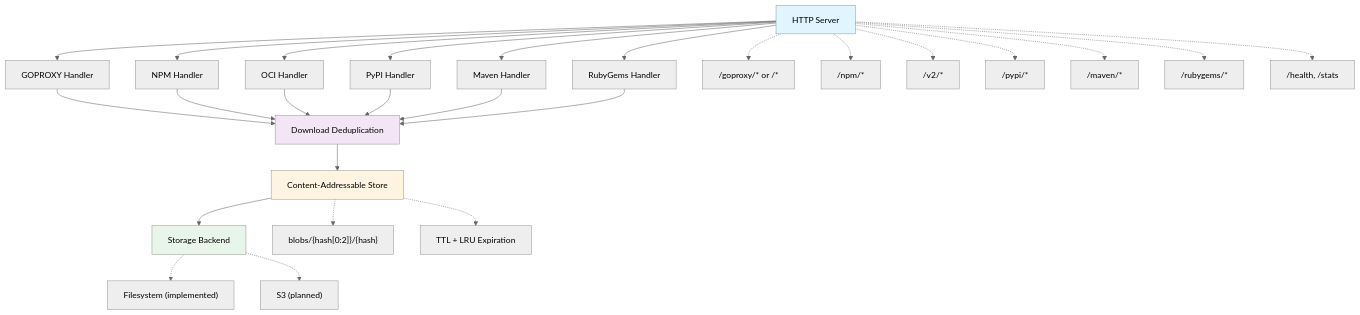
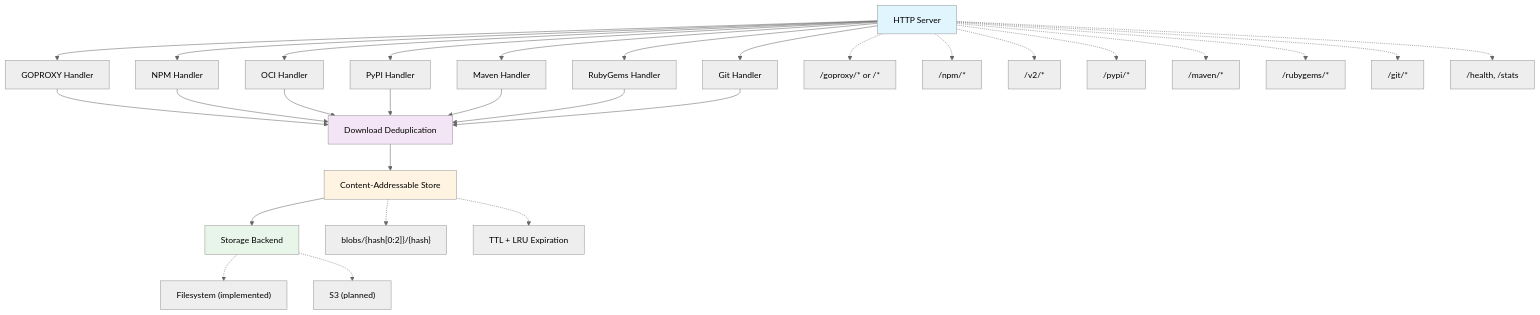
Before and after one commit to wolfeidau/content-cache: the diagram in README.md, drawn with Mermaid (neutral theme). The commit also changed other lines of this file and 1 other file, not shown here.

First line of the commit message:
docs: add Git Smart HTTP proxy to README and AGENT.md

````diff
--- a/README.md
+++ b/README.md
@@ -127,39 +137,42 @@
 ```mermaid
 graph TD
     A[HTTP Server] --> B[GOPROXY Handler]
     A --> C[NPM Handler]
     A --> D[OCI Handler]
     A --> G[PyPI Handler]
     A --> H[Maven Handler]
     A --> I[RubyGems Handler]
+    A --> J[Git Handler]
 
     B --> DL[Download Deduplication]
     C --> DL
     D --> DL
     G --> DL
     H --> DL
     I --> DL
+    J --> DL
 
     DL --> E[Content-Addressable Store]
 
     E --> F[Storage Backend]
 
     A -.-> A1["/goproxy/* or /*"]
     A -.-> A2["/npm/*"]
     A -.-> A3["/v2/*"]
     A -.-> A4["/pypi/*"]
     A -.-> A5["/maven/*"]
     A -.-> A6["/rubygems/*"]
+    A -.-> A8["/git/*"]
     A -.-> A7["/health, /stats"]
 
     E -.-> E1["blobs/{hash[0:2]}/{hash}"]
     E -.-> E2["TTL + LRU Expiration"]
 
     F -.-> F1["Filesystem (implemented)"]
     F -.-> F2["S3 (planned)"]
 
     style A fill:#e1f5ff
     style DL fill:#f3e5f5
     style E fill:#fff4e1
     style F fill:#e8f5e9
 ```
````
